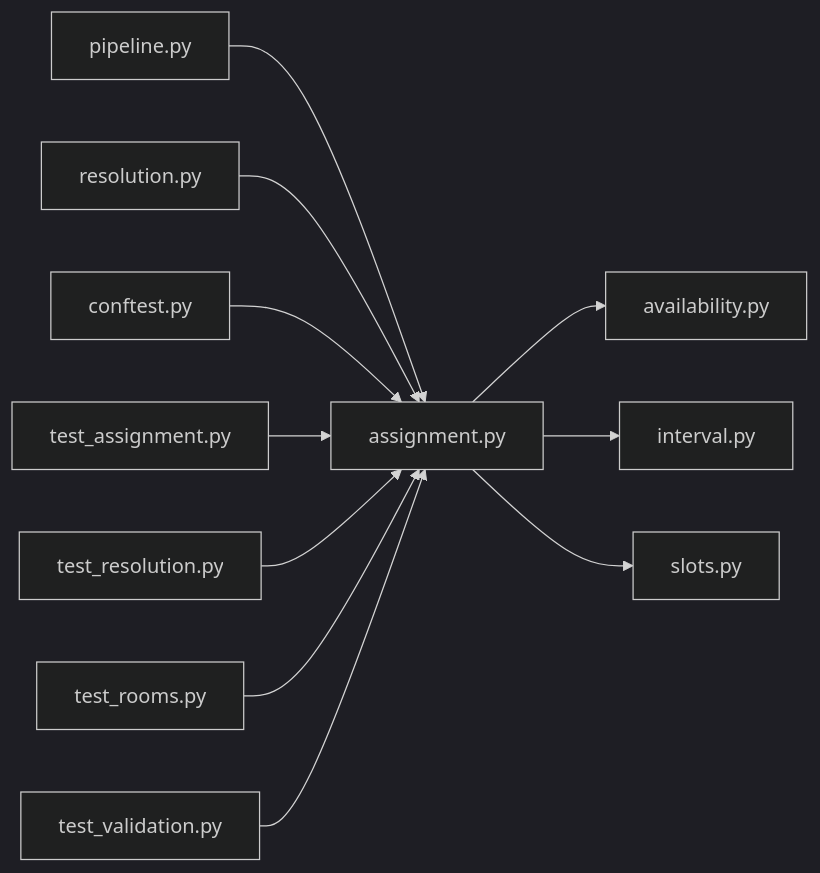
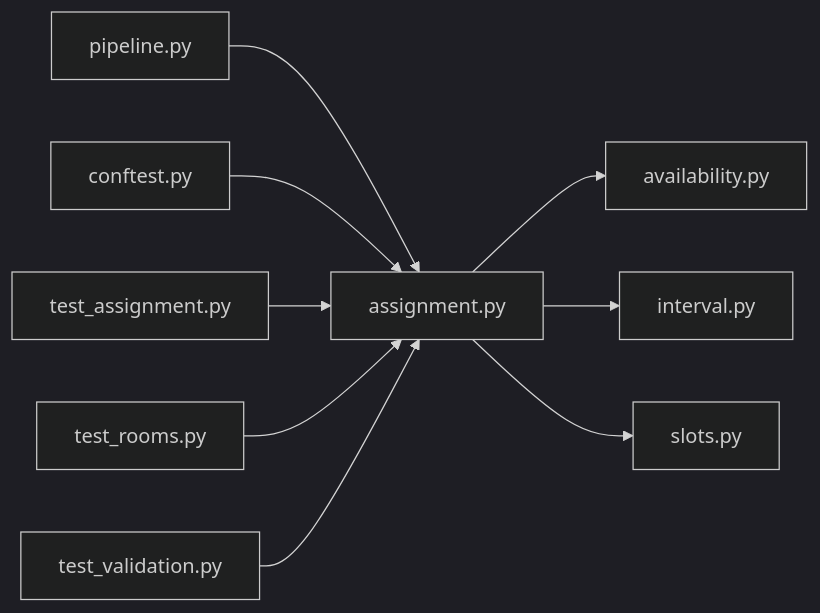
The diagram in .cluedoc/graph/backend/src/backend/scheduling/assignment.md (minkong-dev/Banblit), drawn with Mermaid (dark theme) before and after one commit. The commit also changed other lines of this file and 64 other files, not shown here.

````diff
--- a/.cluedoc/graph/backend/src/backend/scheduling/assignment.md
+++ b/.cluedoc/graph/backend/src/backend/scheduling/assignment.md
@@ -10,14 +10,12 @@
 ```mermaid
 flowchart LR
   backend_src_backend_scheduling_assignment["assignment.py"]
   backend_src_backend_scheduling_assignment --> backend_src_backend_scheduling_availability["availability.py"]
   backend_src_backend_scheduling_assignment --> backend_src_backend_scheduling_interval["interval.py"]
   backend_src_backend_scheduling_assignment --> backend_src_backend_scheduling_slots["slots.py"]
   backend_src_backend_scheduling_pipeline["pipeline.py"] --> backend_src_backend_scheduling_assignment
-  backend_src_backend_scheduling_resolution["resolution.py"] --> backend_src_backend_scheduling_assignment
   backend_tests_conftest["conftest.py"] --> backend_src_backend_scheduling_assignment
   backend_tests_unit_test_assignment["test_assignment.py"] --> backend_src_backend_scheduling_assignment
-  backend_tests_unit_test_resolution["test_resolution.py"] --> backend_src_backend_scheduling_assignment
   backend_tests_unit_test_rooms["test_rooms.py"] --> backend_src_backend_scheduling_assignment
   backend_tests_unit_test_validation["test_validation.py"] --> backend_src_backend_scheduling_assignment
 ```
````
